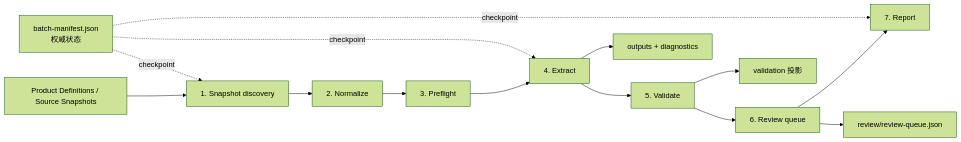
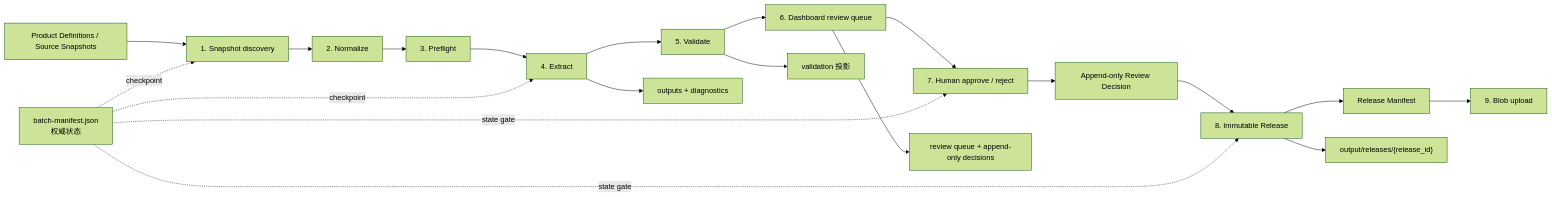
The diagram in README.md (lvraikkonen/AzureCNArchaeologist), drawn with Mermaid (forest theme) before and after one commit. The commit also changed other lines of this file and 32 other files, not shown here.

````diff
--- a/README.md
+++ b/README.md
@@ -44,16 +47,22 @@
 ```mermaid
 flowchart LR
     A["1. Snapshot discovery"] --> B["2. Normalize"]
     B --> C["3. Preflight"]
     C --> D["4. Extract"]
     D --> E["5. Validate"]
-    E --> F["6. Review queue"]
-    F --> G["7. Report"]
+    E --> F["6. Dashboard review queue"]
+    F --> G["7. Human approve / reject"]
+    G --> Q["Append-only Review Decision"]
+    Q --> L["8. Immutable Release"]
+    L --> RM["Release Manifest"]
+    RM --> U["9. Blob upload"]
     H["Product Definitions / Source Snapshots"] --> A
     M["batch-manifest.json<br/>权威状态"] -. checkpoint .-> A
     M -. checkpoint .-> D
-    M -. checkpoint .-> G
+    M -. state gate .-> G
+    M -. state gate .-> L
     D --> O["outputs + diagnostics"]
     E --> V["validation 投影"]
-    F --> R["review/review-queue.json"]
+    F --> R["review queue + append-only decisions"]
+    L --> X["output/releases/{release_id}"]
 ```
````
